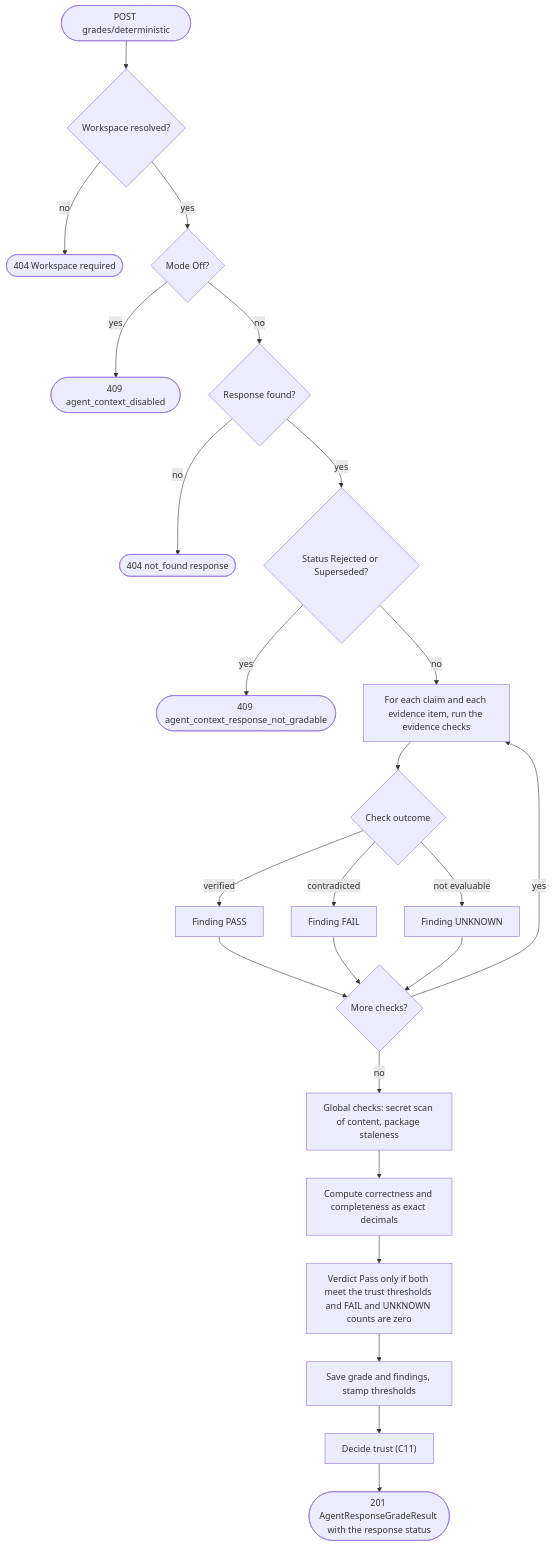
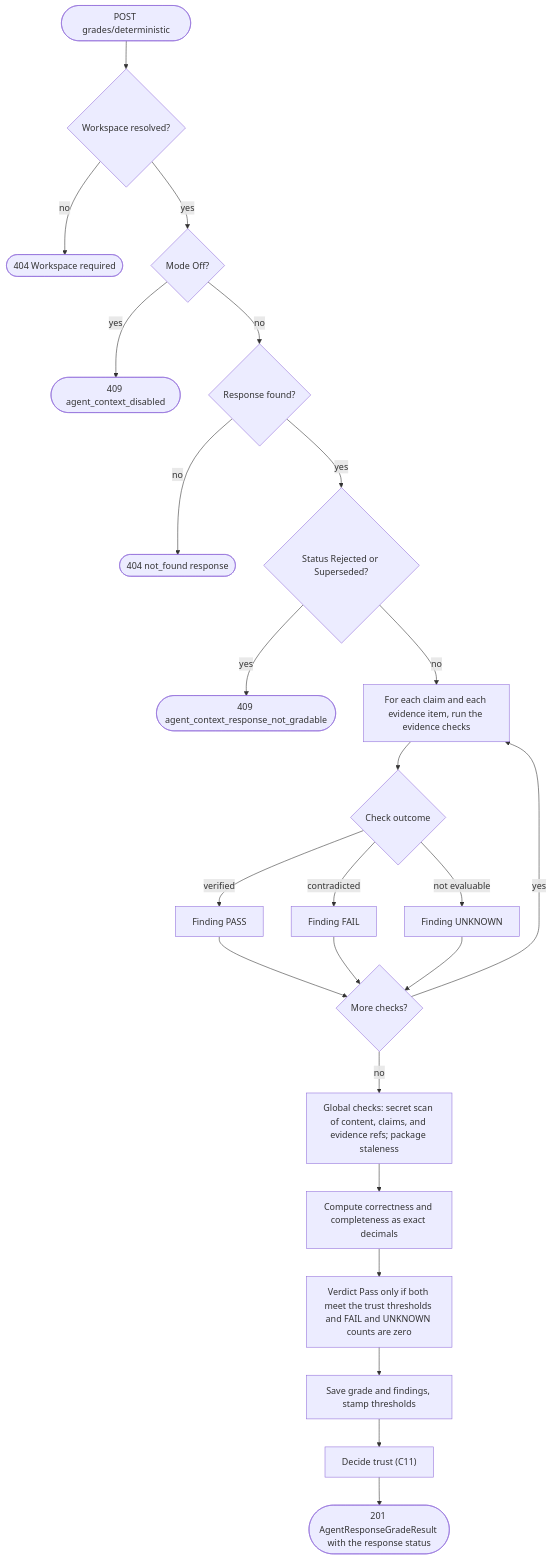
Before and after one commit to sharpninja/McpServer: diagram 11 of 49 in docs/Stateless-Agent-Context-Management.md, drawn with Mermaid. The commit also changed other lines of this file and 2 other files, not shown here.

````diff
--- a/docs/Stateless-Agent-Context-Management.md
+++ b/docs/Stateless-Agent-Context-Management.md
@@ -427,26 +450,26 @@
 ```mermaid
 flowchart TD
     S(["POST grades/deterministic"]) --> W{"Workspace resolved?"}
     W -->|no| E0(["404 Workspace required"])
     W -->|yes| MO{"Mode Off?"}
     MO -->|yes| E1(["409 agent_context_disabled"])
     MO -->|no| F{"Response found?"}
     F -->|no| E2(["404 not_found response"])
     F -->|yes| GS{"Status Rejected or Superseded?"}
     GS -->|yes| E3(["409 agent_context_response_not_gradable"])
     GS -->|no| CL["For each claim and each evidence item, run the evidence checks"]
     CL --> CK{"Check outcome"}
     CK -->|verified| PF["Finding PASS"]
     CK -->|contradicted| FF["Finding FAIL"]
     CK -->|not evaluable| UF["Finding UNKNOWN"]
     PF --> NX{"More checks?"}
     FF --> NX
     UF --> NX
     NX -->|yes| CL
-    NX -->|no| GL["Global checks: secret scan of content, package staleness"]
+    NX -->|no| GL["Global checks: secret scan of content, claims, and evidence refs; package staleness"]
     GL --> SC["Compute correctness and completeness as exact decimals"]
     SC --> VD["Verdict Pass only if both meet the trust thresholds and FAIL and UNKNOWN counts are zero"]
     VD --> SV["Save grade and findings, stamp thresholds"]
     SV --> TR["Decide trust (C11)"]
     TR --> R(["201 AgentResponseGradeResult with the response status"])
 ```
````
